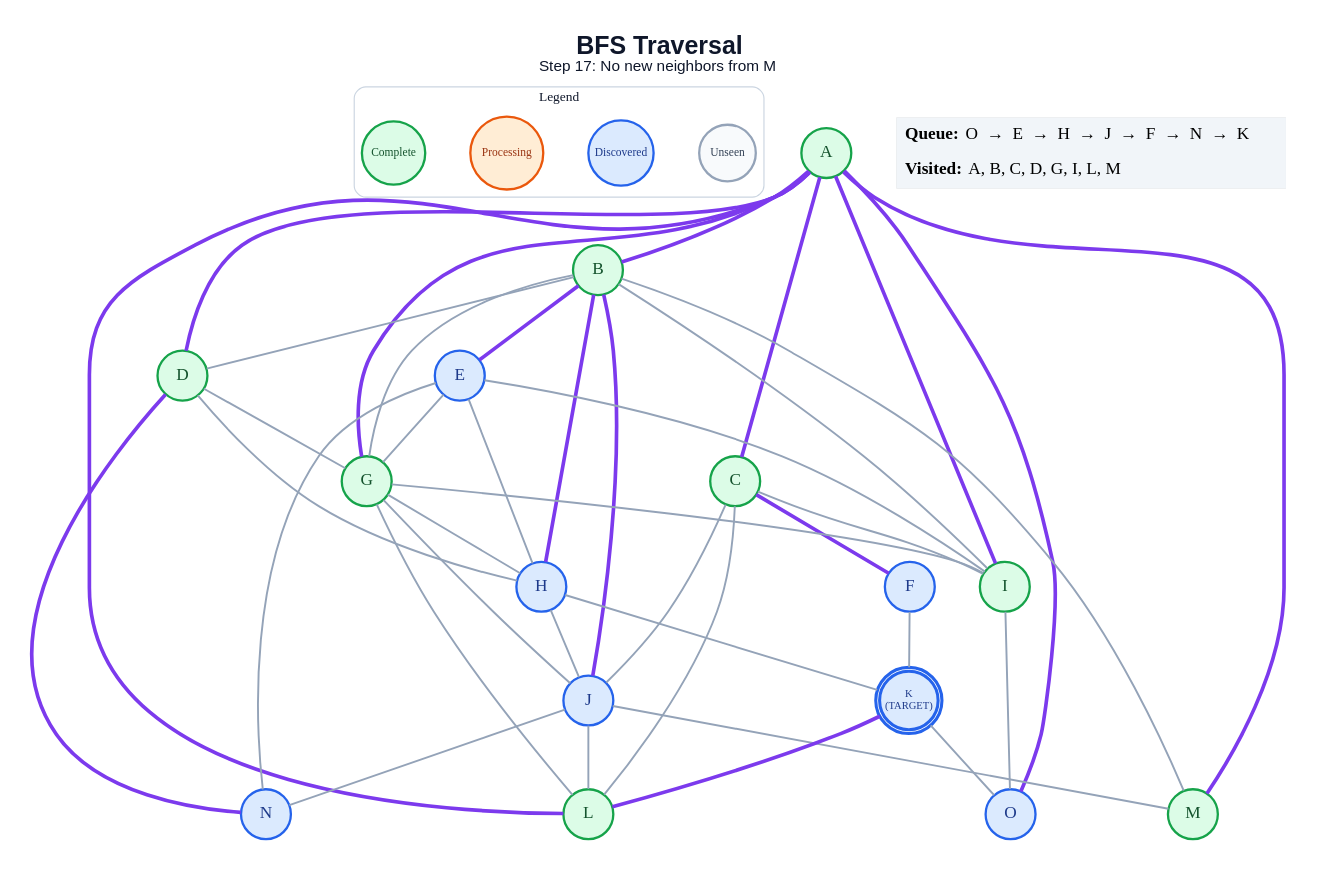
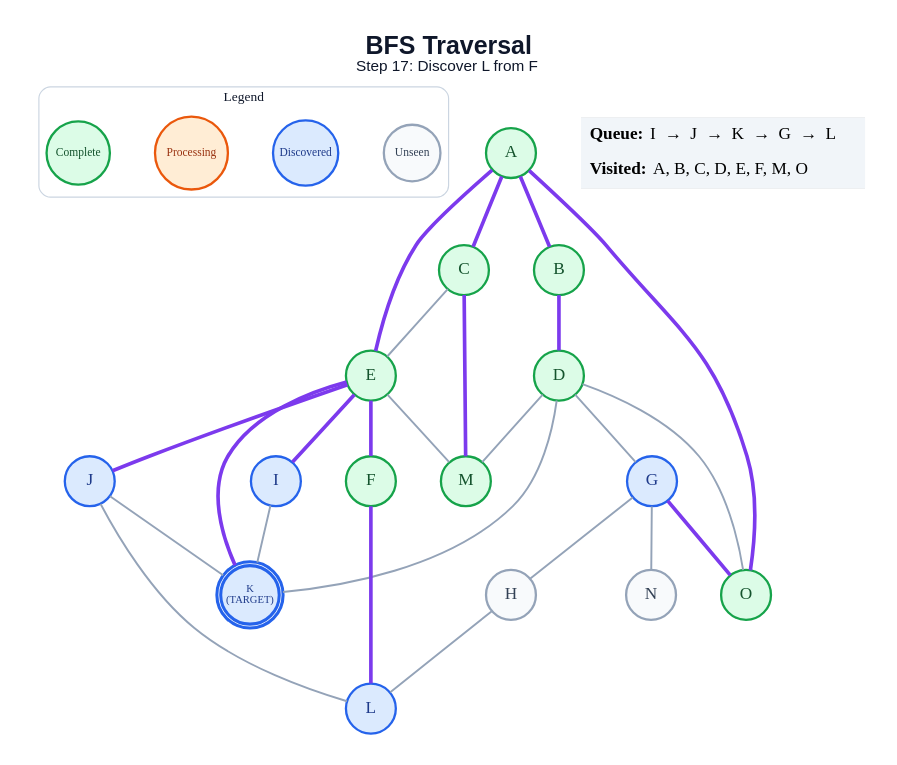
One commit to anon7238593-create/ai-slop changed the diagram in generated/specific-node/bfs/step_17.dot. Above: the diagram before and after it, drawn with Graphviz. The commit also changed 289 other files, not shown here.

```diff
--- a/generated/specific-node/bfs/step_17.dot
+++ b/generated/specific-node/bfs/step_17.dot
@@ -1,73 +1,58 @@
 graph traversal {
   graph [layout=dot, rankdir=TB, bgcolor="#FFFFFF", pad="0.35", nodesep="0.65", ranksep="0.8", fontname="Arial"];
   node [shape=circle, style="filled", fontname="Arial Bold", fontsize=18, width=0.72, fixedsize=true, penwidth=2.4];
   edge [color="#94A3B8", penwidth=2.0];
-  label=<<B>BFS Traversal</B><BR/><FONT POINT-SIZE="16">Step 17: No new neighbors from M</FONT>>; labelloc="t"; fontsize=26; fontname="Arial"; fontcolor="#0F172A";
+  label=<<B>BFS Traversal</B><BR/><FONT POINT-SIZE="16">Step 17: Discover L from F</FONT>>; labelloc="t"; fontsize=26; fontname="Arial"; fontcolor="#0F172A";
   subgraph cluster_legend { label="Legend"; color="#CBD5E1"; penwidth=1.2; style="rounded"; fontsize=14; fontname="Arial Bold";
     key_unseen [label="Unseen", fillcolor="#F8FAFC", color="#94A3B8", fontcolor="#334155", fontsize=12, width=0.82];
     key_frontier [label="Discovered", fillcolor="#DBEAFE", color="#2563EB", fontcolor="#1E3A8A", fontsize=12, width=0.95];
     key_current [label="Processing", fillcolor="#FFEDD5", color="#EA580C", fontcolor="#9A3412", fontsize=12, width=1.05];
     key_done [label="Complete", fillcolor="#DCFCE7", color="#16A34A", fontcolor="#14532D", fontsize=12, width=0.92];
     { rank=same; key_unseen; key_frontier; key_current; key_done; }
   }
   A [label="A", fillcolor="#DCFCE7", color="#16A34A", fontcolor="#14532D", peripheries=1, penwidth=2.4];
   B [label="B", fillcolor="#DCFCE7", color="#16A34A", fontcolor="#14532D", peripheries=1, penwidth=2.4];
   C [label="C", fillcolor="#DCFCE7", color="#16A34A", fontcolor="#14532D", peripheries=1, penwidth=2.4];
   D [label="D", fillcolor="#DCFCE7", color="#16A34A", fontcolor="#14532D", peripheries=1, penwidth=2.4];
-  E [label="E", fillcolor="#DBEAFE", color="#2563EB", fontcolor="#1E3A8A", peripheries=1, penwidth=2.4];
-  F [label="F", fillcolor="#DBEAFE", color="#2563EB", fontcolor="#1E3A8A", peripheries=1, penwidth=2.4];
-  G [label="G", fillcolor="#DCFCE7", color="#16A34A", fontcolor="#14532D", peripheries=1, penwidth=2.4];
-  H [label="H", fillcolor="#DBEAFE", color="#2563EB", fontcolor="#1E3A8A", peripheries=1, penwidth=2.4];
-  I [label="I", fillcolor="#DCFCE7", color="#16A34A", fontcolor="#14532D", peripheries=1, penwidth=2.4];
+  E [label="E", fillcolor="#DCFCE7", color="#16A34A", fontcolor="#14532D", peripheries=1, penwidth=2.4];
+  F [label="F", fillcolor="#DCFCE7", color="#16A34A", fontcolor="#14532D", peripheries=1, penwidth=2.4];
+  G [label="G", fillcolor="#DBEAFE", color="#2563EB", fontcolor="#1E3A8A", peripheries=1, penwidth=2.4];
+  H [label="H", fillcolor="#F8FAFC", color="#94A3B8", fontcolor="#334155", peripheries=1, penwidth=2.4];
+  I [label="I", fillcolor="#DBEAFE", color="#2563EB", fontcolor="#1E3A8A", peripheries=1, penwidth=2.4];
   J [label="J", fillcolor="#DBEAFE", color="#2563EB", fontcolor="#1E3A8A", peripheries=1, penwidth=2.4];
   K [label="K\n(TARGET)", fillcolor="#DBEAFE", color="#2563EB", fontcolor="#1E3A8A", peripheries=2, penwidth=3.2, fontsize=11, width=0.85, height=0.85];
-  L [label="L", fillcolor="#DCFCE7", color="#16A34A", fontcolor="#14532D", peripheries=1, penwidth=2.4];
+  L [label="L", fillcolor="#DBEAFE", color="#2563EB", fontcolor="#1E3A8A", peripheries=1, penwidth=2.4];
   M [label="M", fillcolor="#DCFCE7", color="#16A34A", fontcolor="#14532D", peripheries=1, penwidth=2.4];
-  N [label="N", fillcolor="#DBEAFE", color="#2563EB", fontcolor="#1E3A8A", peripheries=1, penwidth=2.4];
-  O [label="O", fillcolor="#DBEAFE", color="#2563EB", fontcolor="#1E3A8A", peripheries=1, penwidth=2.4];
+  N [label="N", fillcolor="#F8FAFC", color="#94A3B8", fontcolor="#334155", peripheries=1, penwidth=2.4];
+  O [label="O", fillcolor="#DCFCE7", color="#16A34A", fontcolor="#14532D", peripheries=1, penwidth=2.4];
   A -- B [color="#7C3AED", penwidth=3.8];
   A -- C [color="#7C3AED", penwidth=3.8];
-  A -- D [color="#7C3AED", penwidth=3.8];
-  A -- G [color="#7C3AED", penwidth=3.8];
-  A -- I [color="#7C3AED", penwidth=3.8];
-  A -- L [color="#7C3AED", penwidth=3.8];
-  A -- M [color="#7C3AED", penwidth=3.8];
+  A -- E [color="#7C3AED", penwidth=3.8];
   A -- O [color="#7C3AED", penwidth=3.8];
-  B -- D;
-  B -- E [color="#7C3AED", penwidth=3.8];
-  B -- G;
-  B -- H [color="#7C3AED", penwidth=3.8];
-  B -- I;
-  B -- J [color="#7C3AED", penwidth=3.8];
-  B -- M;
-  C -- F [color="#7C3AED", penwidth=3.8];
-  C -- I;
-  C -- J;
-  C -- L;
+  B -- D [color="#7C3AED", penwidth=3.8];
+  C -- E;
+  C -- M [color="#7C3AED", penwidth=3.8];
   D -- G;
-  D -- H;
-  D -- N [color="#7C3AED", penwidth=3.8];
-  E -- G;
-  E -- H;
-  E -- I;
-  E -- N;
-  F -- K;
+  D -- K;
+  D -- M;
+  D -- O;
+  E -- F [color="#7C3AED", penwidth=3.8];
+  E -- I [color="#7C3AED", penwidth=3.8];
+  E -- J [color="#7C3AED", penwidth=3.8];
+  E -- K [color="#7C3AED", penwidth=3.8];
+  E -- M;
+  F -- L [color="#7C3AED", penwidth=3.8];
   G -- H;
-  G -- I;
-  G -- J;
-  G -- L;
-  H -- J;
-  H -- K;
-  I -- O;
+  G -- N;
+  G -- O [color="#7C3AED", penwidth=3.8];
+  H -- L;
+  I -- K;
+  J -- K;
   J -- L;
-  J -- M;
-  J -- N;
-  K -- L [color="#7C3AED", penwidth=3.8];
-  K -- O;
   status [shape=plain, fixedsize=false, width=0, height=0, margin=0, label=<
     <TABLE BORDER="0" CELLBORDER="0" CELLPADDING="7" BGCOLOR="#F1F5F9">
-      <TR><TD ALIGN="LEFT"><B>Queue:</B> O  →  E  →  H  →  J  →  F  →  N  →  K</TD></TR>
-      <TR><TD ALIGN="LEFT"><B>Visited:</B> A, B, C, D, G, I, L, M</TD></TR>
+      <TR><TD ALIGN="LEFT"><B>Queue:</B> I  →  J  →  K  →  G  →  L</TD></TR>
+      <TR><TD ALIGN="LEFT"><B>Visited:</B> A, B, C, D, E, F, M, O</TD></TR>
     </TABLE>
   >];
 }
```
